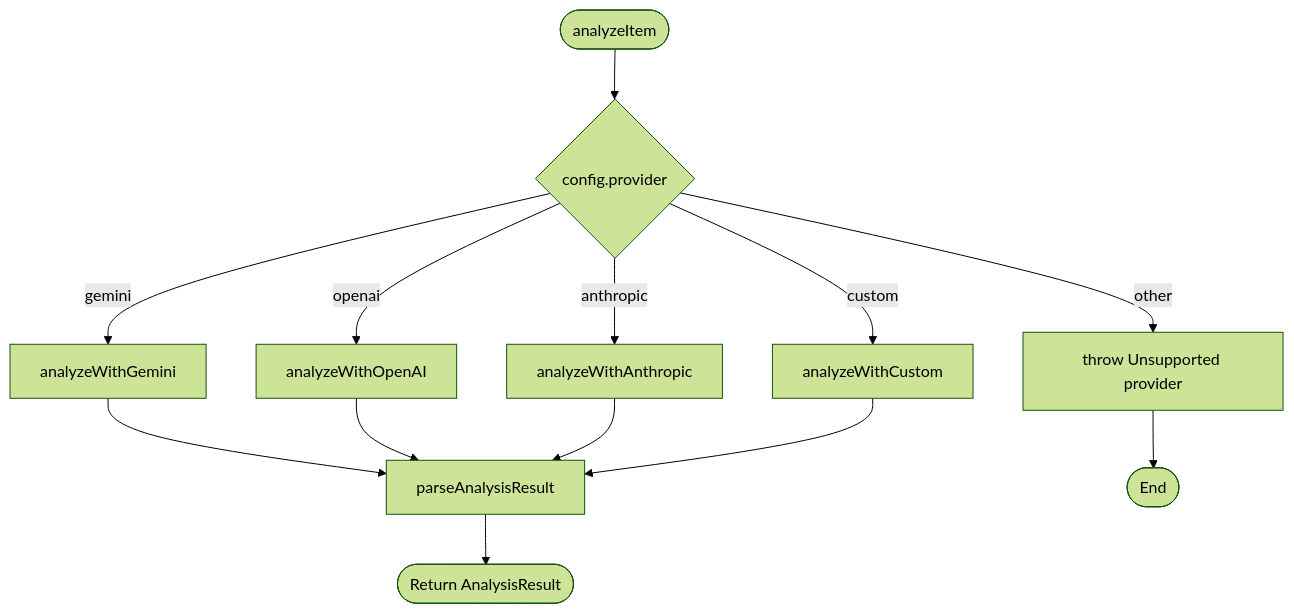
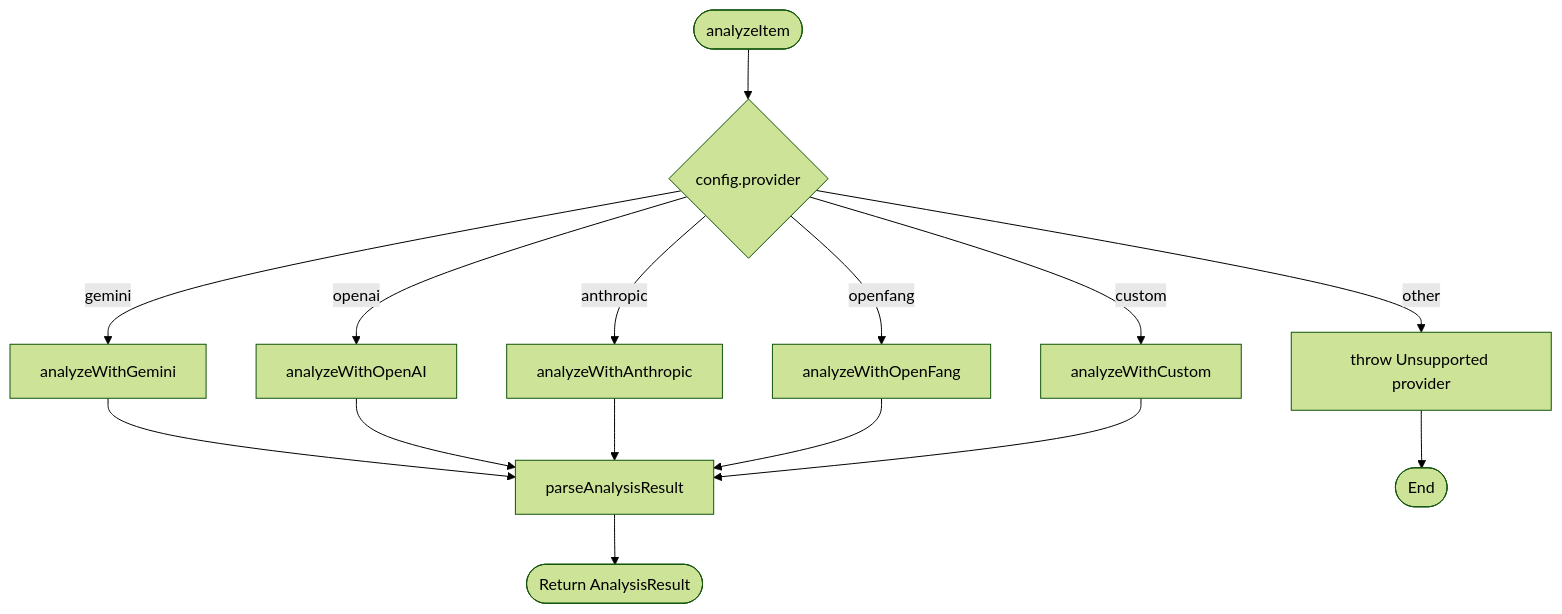
The fourth of 12 diagrams in .qoder/repowiki/en/content/AI Integration/AI Provider System.md (hunglevi87/Hidden-Gem), drawn with Mermaid (forest theme) before and after one commit. The commit also changed other lines of this file and 5 other files, not shown here.

First line of the commit message:
feat(ai-provider): add OpenFang provider with multi-model routing

````diff
--- a/.qoder/repowiki/en/content/AI Integration/AI Provider System.md
+++ b/.qoder/repowiki/en/content/AI Integration/AI Provider System.md
@@ -183,15 +192,17 @@
 ```mermaid
 flowchart TD
 Start([analyzeItem]) --> CheckProvider{"config.provider"}
 CheckProvider --> |gemini| CallGemini["analyzeWithGemini"]
 CheckProvider --> |openai| CallOpenAI["analyzeWithOpenAI"]
 CheckProvider --> |anthropic| CallAnthropic["analyzeWithAnthropic"]
+CheckProvider --> |openfang| CallOpenFang["analyzeWithOpenFang"]
 CheckProvider --> |custom| CallCustom["analyzeWithCustom"]
 CheckProvider --> |other| ThrowError["throw Unsupported provider"]
 CallGemini --> Parse["parseAnalysisResult"]
 CallOpenAI --> Parse
 CallAnthropic --> Parse
+CallOpenFang --> Parse
 CallCustom --> Parse
 Parse --> Return([Return AnalysisResult])
 ThrowError --> End([End])
 ```
````
